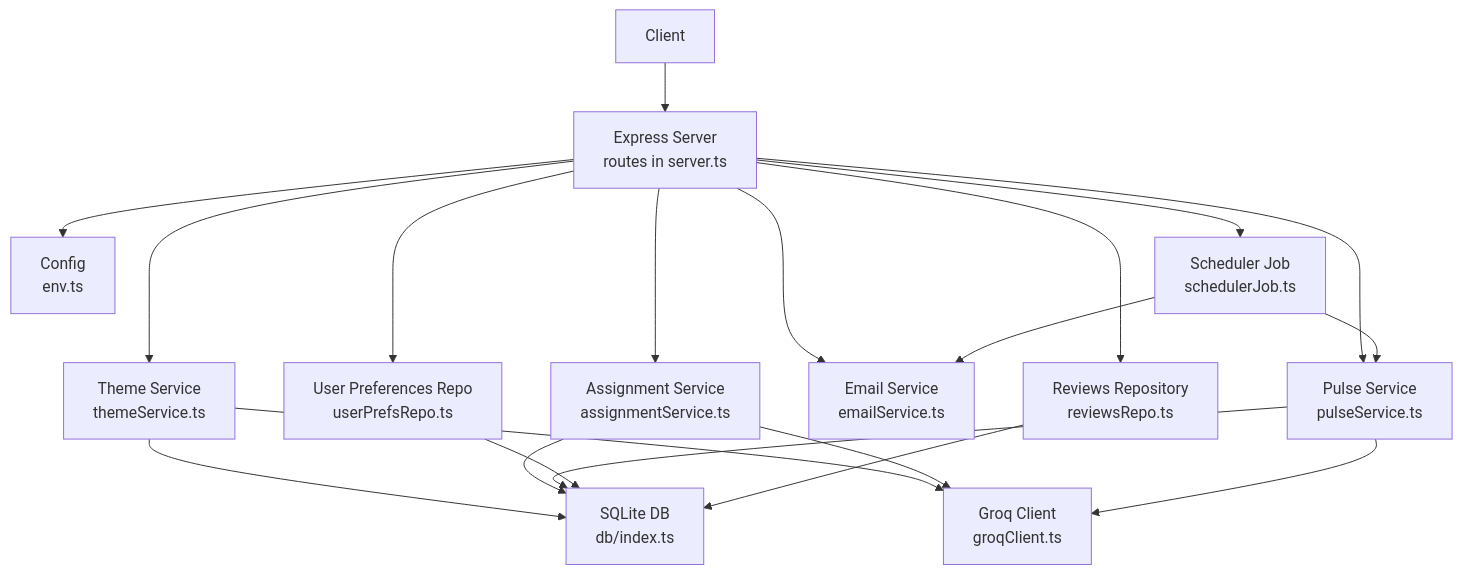
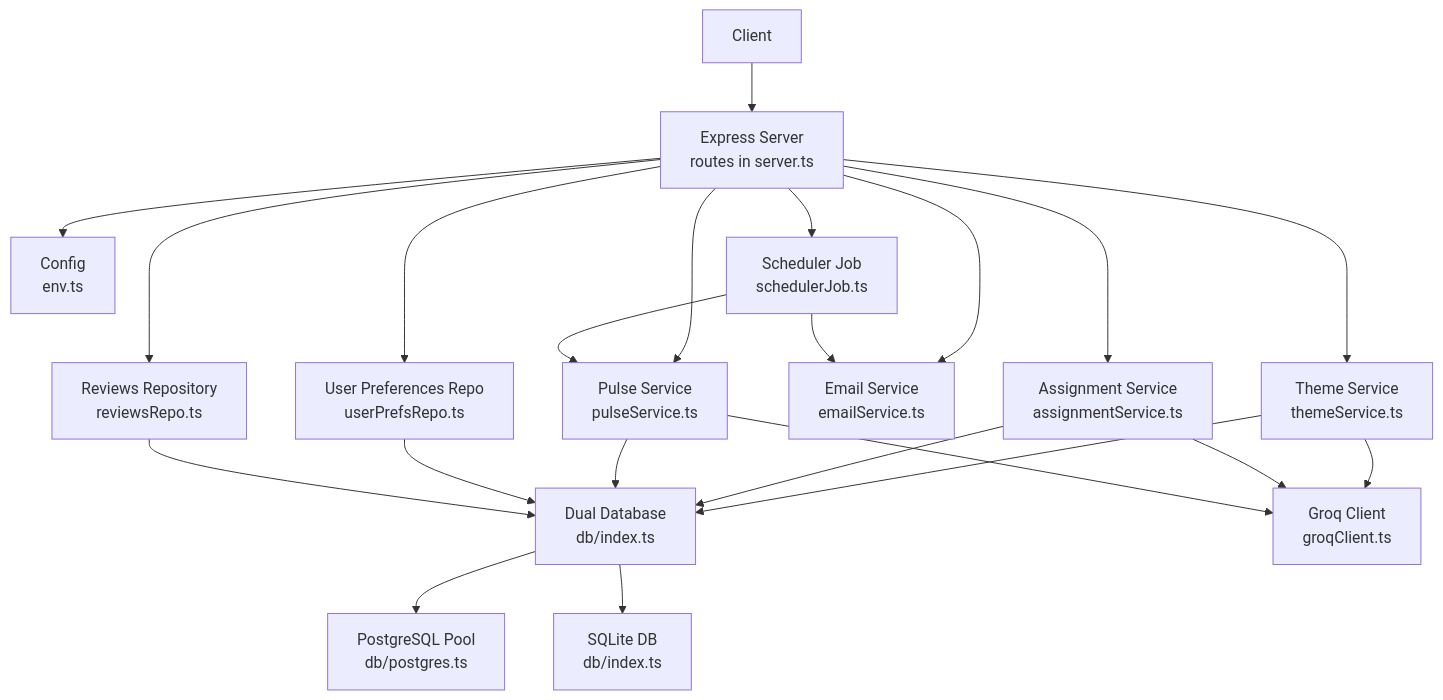
The first of 11 diagrams in .qoder/repowiki/en/content/API Reference/Phase 2 API Endpoints.md (aravinthraj-ramalingam/Groww-App-Review-Insights-Analyzer-), drawn with Mermaid before and after one commit. The commit also changed other lines of this file and 4 other files, not shown here.

Commit message:
Add PostgreSQL support to reviews endpoint

````diff
--- a/.qoder/repowiki/en/content/API Reference/Phase 2 API Endpoints.md
+++ b/.qoder/repowiki/en/content/API Reference/Phase 2 API Endpoints.md
@@ -70,34 +70,38 @@
 ```mermaid
 graph TB
 Client["Client"]
 API["Express Server<br/>routes in server.ts"]
 Config["Config<br/>env.ts"]
-DB["SQLite DB<br/>db/index.ts"]
+DB["Dual Database<br/>db/index.ts"]
+Postgres["PostgreSQL Pool<br/>db/postgres.ts"]
+SQLite["SQLite DB<br/>db/index.ts"]
 ThemeSvc["Theme Service<br/>themeService.ts"]
 AssignSvc["Assignment Service<br/>assignmentService.ts"]
 PulseSvc["Pulse Service<br/>pulseService.ts"]
 EmailSvc["Email Service<br/>emailService.ts"]
 PrefSvc["User Preferences Repo<br/>userPrefsRepo.ts"]
 ReviewsRepo["Reviews Repository<br/>reviewsRepo.ts"]
 Scheduler["Scheduler Job<br/>schedulerJob.ts"]
 Groq["Groq Client<br/>groqClient.ts"]
 Client --> API
 API --> ThemeSvc
 API --> AssignSvc
 API --> PulseSvc
 API --> EmailSvc
 API --> PrefSvc
 API --> ReviewsRepo
 API --> Scheduler
 API --> Config
 ThemeSvc --> DB
 AssignSvc --> DB
 PulseSvc --> DB
 PrefSvc --> DB
 ReviewsRepo --> DB
 Scheduler --> PulseSvc
 Scheduler --> EmailSvc
 ThemeSvc --> Groq
 AssignSvc --> Groq
 PulseSvc --> Groq
+DB --> Postgres
+DB --> SQLite
 ```
````
